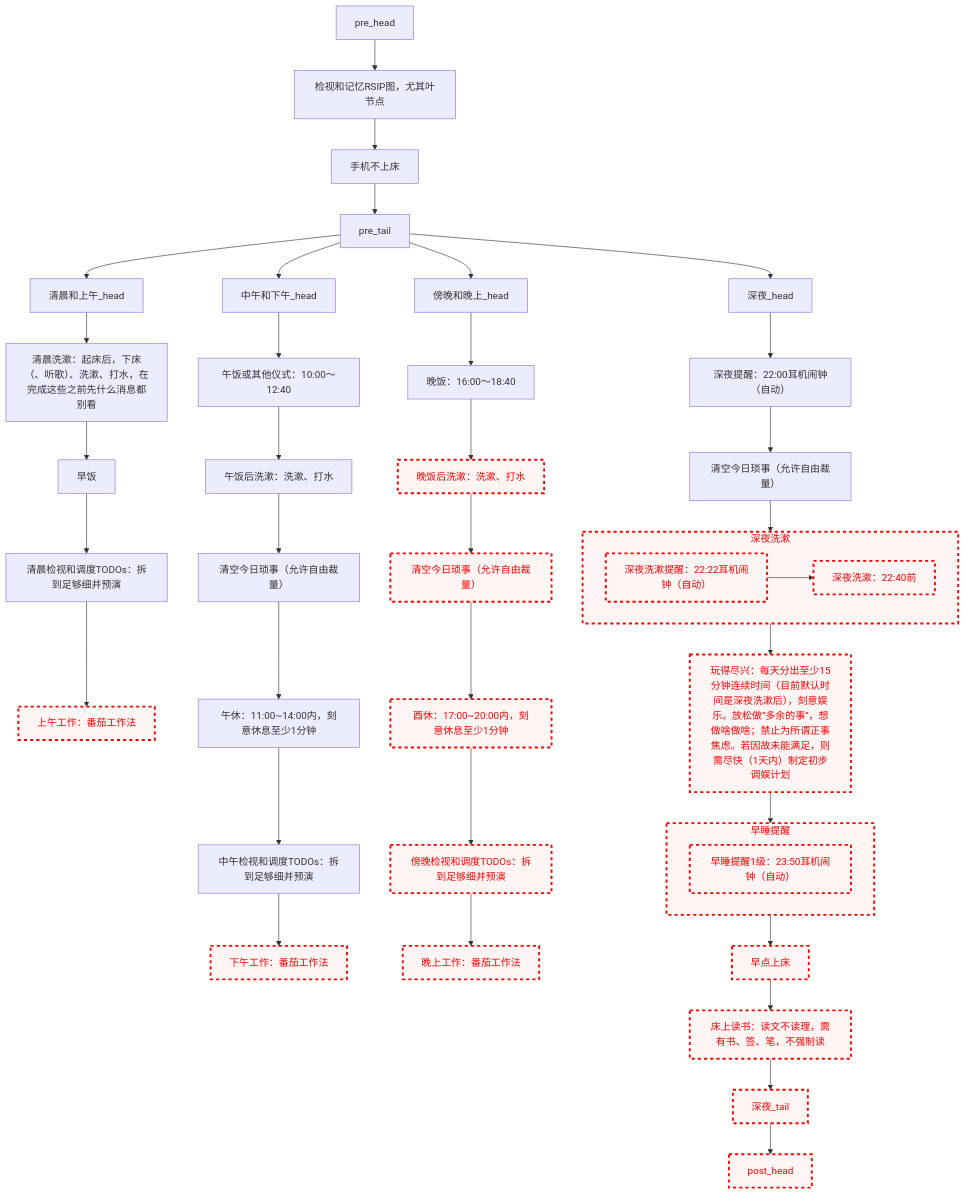
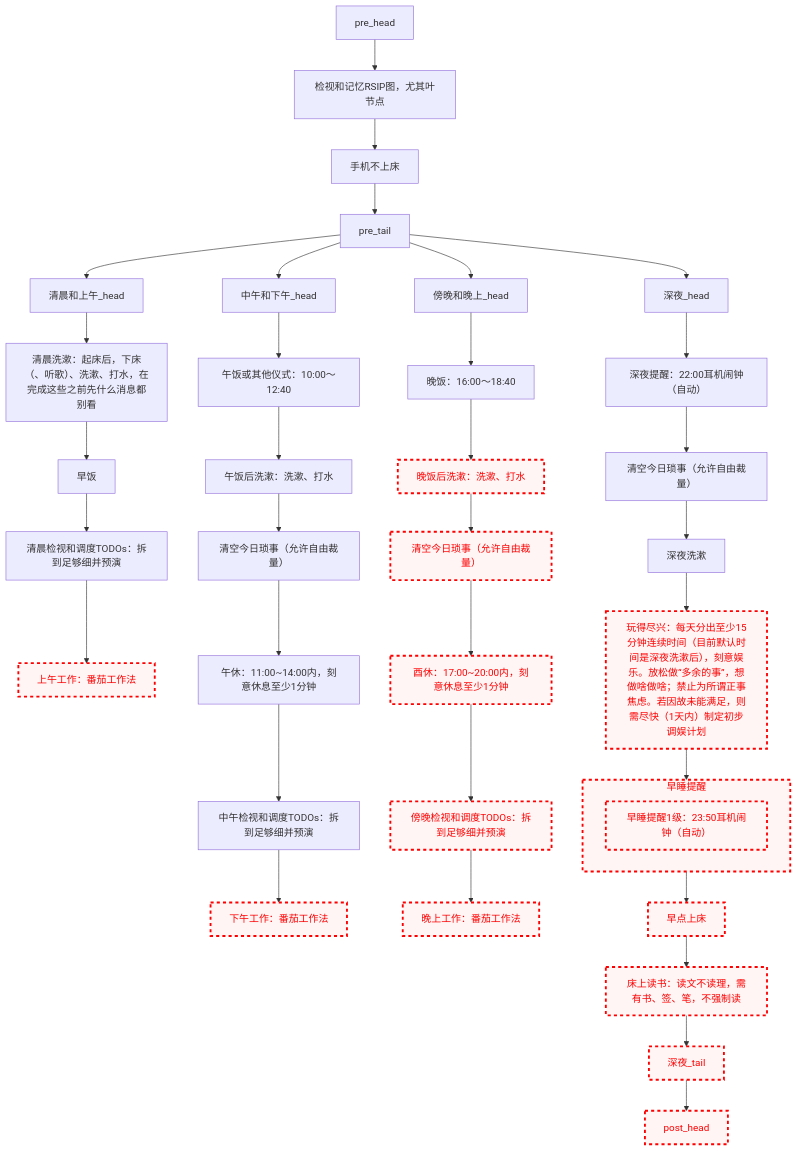
One commit to Ethkuil/RSIP-tree changed the diagram in README.md. Above: the diagram before and after it, drawn with Mermaid.

Commit message:
enable 深夜洗漱

````diff
--- a/README.md
+++ b/README.md
@@ -21,70 +21,63 @@
 ```mermaid
 graph TD
 
 classDef failed stroke:#ff0000, stroke-width:3px, color:#ff0000, fill:#fff5f5, stroke-dasharray: 5
 
 pre_head --> RSIP[检视和记忆RSIP图，尤其叶节点]
 RSIP --> 手机不上床
 手机不上床 --> pre_tail
 
 
 pre_tail --> 清晨和上午_head
 清晨和上午_head --> 清晨洗漱
 清晨洗漱[清晨洗漱：起床后，下床（、听歌）、洗漱、打水，在完成这些之前先什么消息都别看]
 清晨洗漱 --> 早饭
 早饭 --> 清晨看TODO[清晨检视和调度TODOs：拆到足够细并预演]
 清晨看TODO --> 上午工作[上午工作：番茄工作法]
 class 上午工作 failed
 
 pre_tail --> 中午和下午_head
 中午和下午_head --> 午饭[午饭或其他仪式：10:00～12:40]
 午饭 --> 午饭后洗漱[午饭后洗漱：洗漱、打水]
 午饭后洗漱 --> 中午今日琐事[清空今日琐事（允许自由裁量）]
 中午今日琐事 --> 午休[午休：11:00~14:00内，刻意休息至少1分钟]
 午休 --> 中午看TODO[中午检视和调度TODOs：拆到足够细并预演]
 中午看TODO --> 下午工作[下午工作：番茄工作法]
 class 下午工作 failed
 
 pre_tail --> 傍晚和晚上_head
 傍晚和晚上_head --> 晚饭[晚饭：16:00～18:40]
 晚饭 --> 晚饭后洗漱[晚饭后洗漱：洗漱、打水]
 class 晚饭后洗漱 failed
 晚饭后洗漱 --> 傍晚今日琐事[清空今日琐事（允许自由裁量）]
 class 傍晚今日琐事 failed
 傍晚今日琐事 --> 酉休[酉休：17:00~20:00内，刻意休息至少1分钟]
 class 酉休 failed
 酉休 --> 傍晚看TODO[傍晚检视和调度TODOs：拆到足够细并预演]
 class 傍晚看TODO failed
 傍晚看TODO --> 晚上工作[晚上工作：番茄工作法]
 class 晚上工作 failed
 
 pre_tail --> 深夜_head
 深夜_head --> 深夜提醒[深夜提醒：22:00耳机闹钟（自动）]
 深夜提醒 --> 深夜今日琐事[清空今日琐事（允许自由裁量）]
 深夜今日琐事 --> 深夜洗漱
-subgraph 深夜洗漱
-  深夜洗漱提醒[深夜洗漱提醒：22:22耳机闹钟（自动）]
-  class 深夜洗漱提醒 failed
-  深夜洗漱提醒 --> 深夜洗漱执行[深夜洗漱：22:40前]
-  class 深夜洗漱执行 failed
-end
-class 深夜洗漱 failed
 深夜洗漱 --> 玩得尽兴[玩得尽兴：每天分出至少15分钟连续时间（目前默认时间是深夜洗漱后），刻意娱乐。放松做“多余的事”，想做啥做啥；禁止为所谓正事焦虑。若因故未能满足，则需尽快（1天内）制定初步调娱计划]
 class 玩得尽兴 failed
 玩得尽兴 --> 早睡提醒
 subgraph 早睡提醒
   早睡提醒1级[早睡提醒1级：23:50耳机闹钟（自动）]
   class 早睡提醒1级 failed
 end
 class 早睡提醒 failed
 早睡提醒 --> 早点上床
 class 早点上床 failed
 早点上床 --> 床上读书[床上读书：读文不读理，需有书、签、笔，不强制读]
 class 床上读书 failed
 床上读书 --> 深夜_tail
 class 深夜_tail failed
 
 
 深夜_tail --> post_head
 class post_head failed
 ```
````
